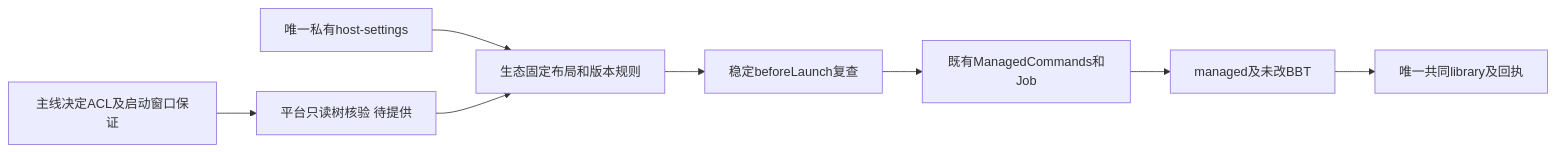
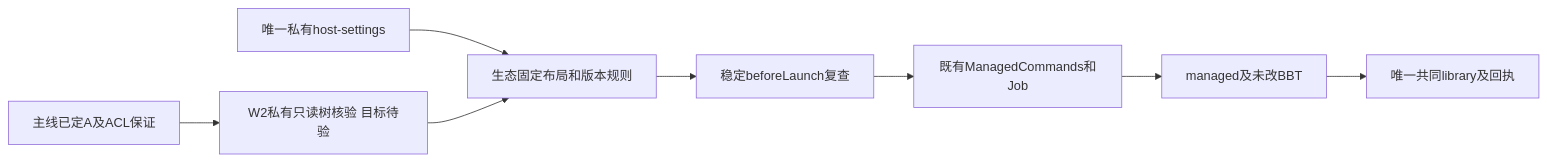
Before and after one commit to leike0813/Scholoom: the first of 6 diagrams in openspec/changes/connect-zotero-host-bbt/design.md, drawn with Mermaid. The commit also changed other lines of this file and 8 other files, not shown here.

````diff
--- a/openspec/changes/connect-zotero-host-bbt/design.md
+++ b/openspec/changes/connect-zotero-host-bbt/design.md
@@ -17,10 +27,10 @@
 ```mermaid
 flowchart LR
   Settings[唯一私有host-settings] --> Layout[生态固定布局和版本规则]
-  Main[主线决定ACL及启动窗口保证] --> Native[平台只读树核验 待提供]
+  Main[主线已定A及ACL保证] --> Native[W2私有只读树核验 目标待验]
   Native --> Layout
   Layout --> Check[稳定beforeLaunch复查]
   Check --> Command[既有ManagedCommands和Job]
   Command --> Host[managed及未改BBT]
   Host --> Library[唯一共同library及回执]
 ```
````
